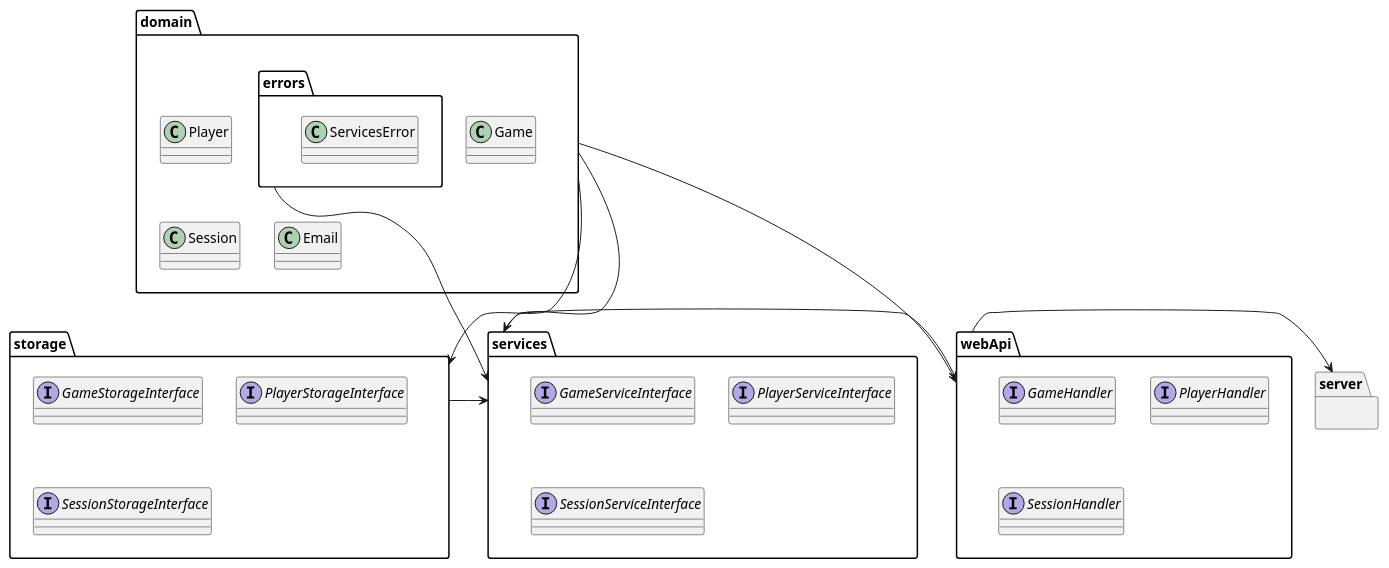
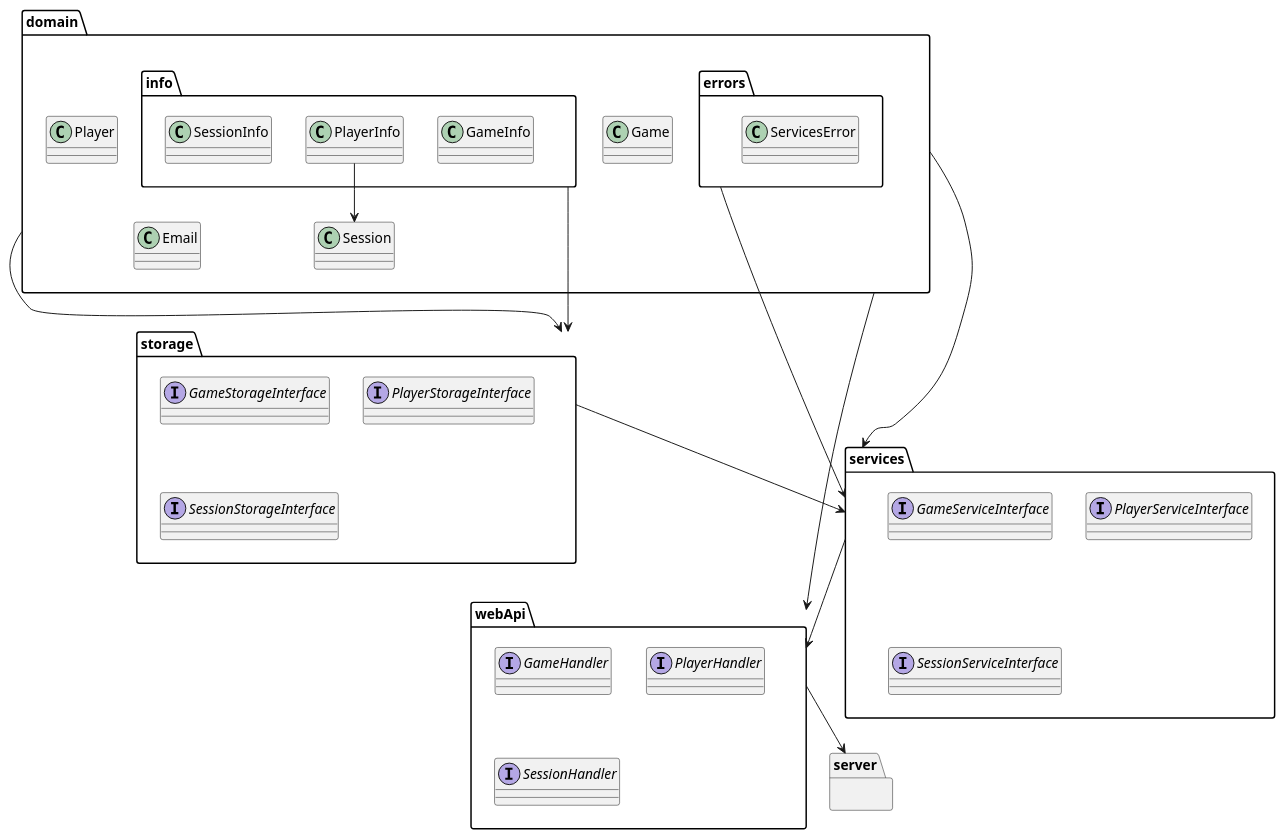
The diagram in phase3/src/main/kotlin/pt/isel/ls/documentation/Diagram.puml (Thuzys/Session_Control), drawn with PlantUML before and after one commit. The commit also changed 11 other files, not shown here.

```diff
--- a/phase3/src/main/kotlin/pt/isel/ls/documentation/Diagram.puml
+++ b/phase3/src/main/kotlin/pt/isel/ls/documentation/Diagram.puml
@@ -1,45 +1,53 @@
 @startuml
 'https://plantuml.com/sequence-diagram
 
 package domain {
     class Player
     class Game
     class Session
     class Email
     package errors {
     class ServicesError
+    }
+    package info {
+    class GameInfo
+    class PlayerInfo
+    class SessionInfo
     }
 }
 
 package services {
     Interface GameServiceInterface
     Interface PlayerServiceInterface
     Interface SessionServiceInterface
 }
 
 package storage {
     Interface GameStorageInterface
     Interface PlayerStorageInterface
     Interface SessionStorageInterface
 }
 package webApi {
     Interface GameHandler
     Interface PlayerHandler
     Interface SessionHandler
 }
 
 package server {
 }
 
-domain -> services
-domain.errors -> services
-domain -> storage
-domain -> webApi
+domain --> services
+domain.errors --> services
+domain --> storage
+domain --> webApi
+domain.info --> storage
 
-storage -> services
+storage --> services
 
-services -> webApi
+services --> webApi
 
-webApi -> server
+webApi --> server
+
+domain.info.PlayerInfo --> domain.Session
 
 @enduml
```
